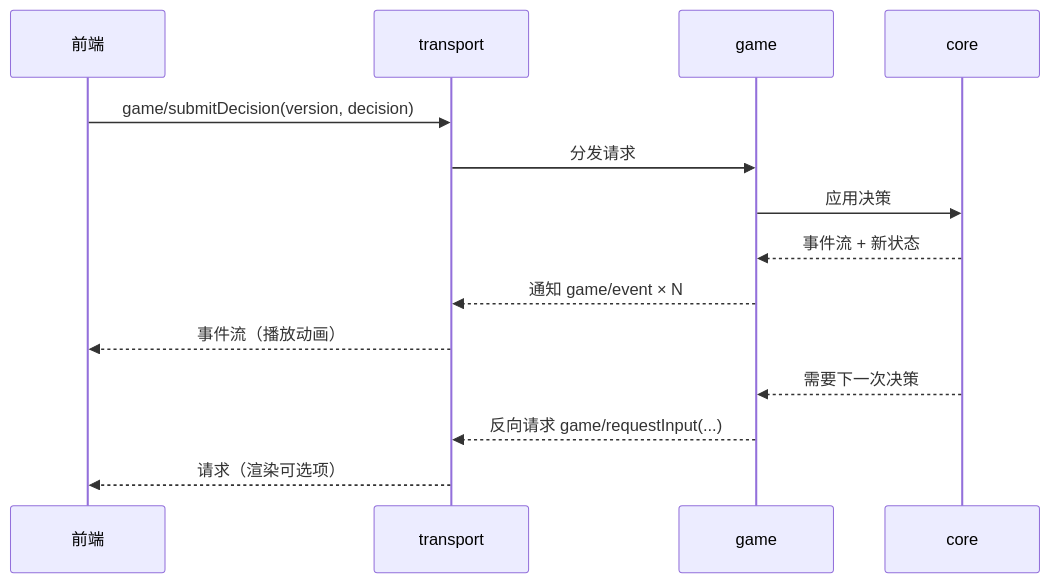
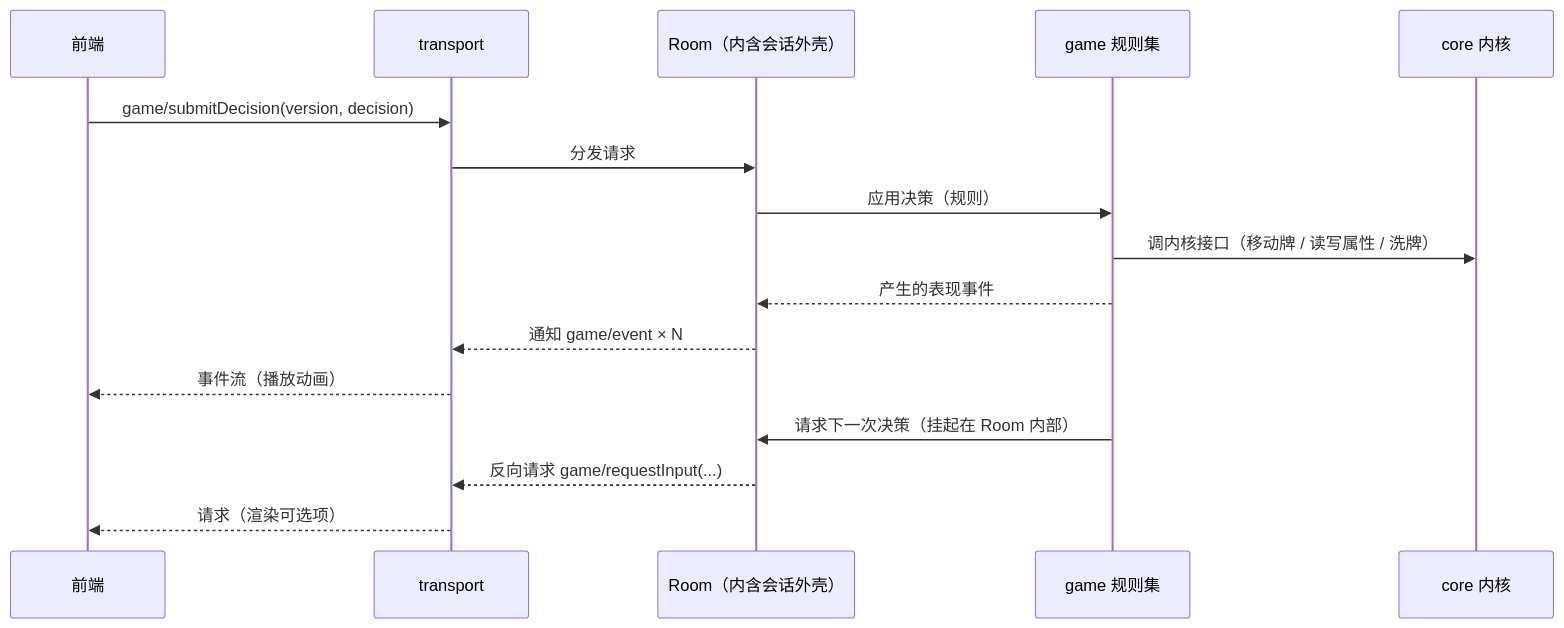
One commit to sumneko/moe-kill changed the diagram in .agents/skills/moe-kill-dev/references/architecture.md. Above: the diagram before and after it, drawn with Mermaid. The commit also changed other lines of this file and 8 other files, not shown here.

````diff
--- a/.agents/skills/moe-kill-dev/references/architecture.md
+++ b/.agents/skills/moe-kill-dev/references/architecture.md
@@ -41,17 +41,19 @@
 ```mermaid
 sequenceDiagram
     participant FE as 前端
     participant TR as transport
-    participant G as game
-    participant E as core
+    participant RM as Room（内含会话外壳）
+    participant G as game 规则集
+    participant C as core 内核
 
     FE->>TR: game/submitDecision(version, decision)
-    TR->>G: 分发请求
-    G->>E: 应用决策
-    E-->>G: 事件流 + 新状态
-    G-->>TR: 通知 game/event × N
+    TR->>RM: 分发请求
+    RM->>G: 应用决策（规则）
+    G->>C: 调内核接口（移动牌 / 读写属性 / 洗牌）
+    G-->>RM: 产生的表现事件
+    RM-->>TR: 通知 game/event × N
     TR-->>FE: 事件流（播放动画）
-    E-->>G: 需要下一次决策
-    G-->>TR: 反向请求 game/requestInput(...)
+    G->>RM: 请求下一次决策（挂起在 Room 内部）
+    RM-->>TR: 反向请求 game/requestInput(...)
     TR-->>FE: 请求（渲染可选项）
 ```
````
